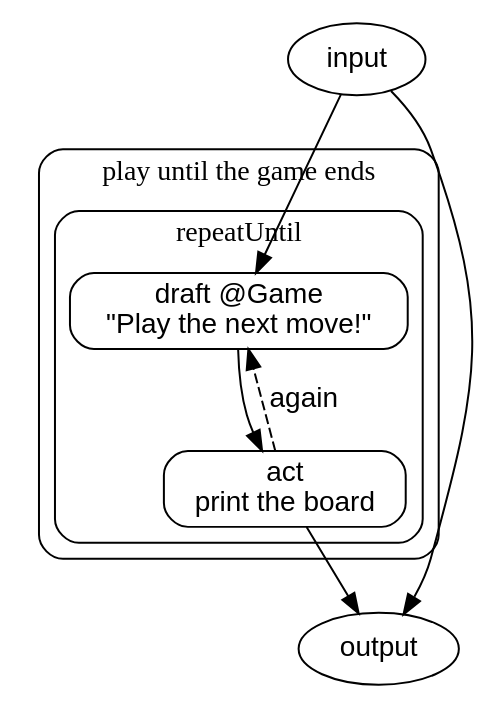
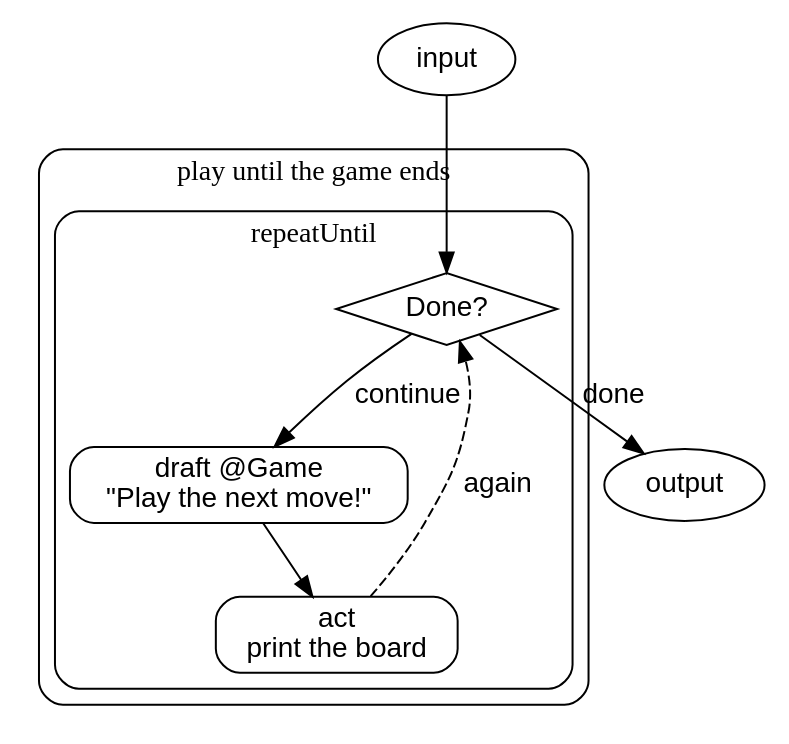
The diagram in examples/diagrams/tictactoe.dot (drshade/haskell-agentic), drawn with Graphviz before and after one commit. The commit also changed 25 other files, not shown here.

Commit message:
Draw repeat predicates with explicit done and continue routes

```diff
--- a/examples/diagrams/tictactoe.dot
+++ b/examples/diagrams/tictactoe.dot
@@ -1,22 +1,23 @@
 digraph flow {
   compound=true;
   node [shape=box, style=rounded, fontname="Helvetica"];
   edge [fontname="Helvetica"];
   input [label="input", shape=oval];
   subgraph cluster_n_flow_0 {
     label="play until the game ends";
     style=rounded;
     subgraph cluster_n_flow_note_0 {
       label="repeatUntil";
       style=rounded;
+      n_flow_note_1 [label="Done?", shape=diamond, style=solid];
       n_flow_note_repeat_seq_0_0 [label="draft @Game\n\"Play the next move!\""];
       n_flow_note_repeat_seq_1_note_0 [label="act\nprint the board"];
     }
   }
   output [label="output", shape=oval];
-  input -> n_flow_note_repeat_seq_0_0;
+  input -> n_flow_note_1;
+  n_flow_note_1 -> n_flow_note_repeat_seq_0_0 [label="continue"];
   n_flow_note_repeat_seq_0_0 -> n_flow_note_repeat_seq_1_note_0;
-  n_flow_note_repeat_seq_1_note_0 -> n_flow_note_repeat_seq_0_0 [label="again", style=dashed];
-  input -> output;
-  n_flow_note_repeat_seq_1_note_0 -> output;
+  n_flow_note_repeat_seq_1_note_0 -> n_flow_note_1 [label="again", style=dashed];
+  n_flow_note_1 -> output [label="done"];
 }
```
